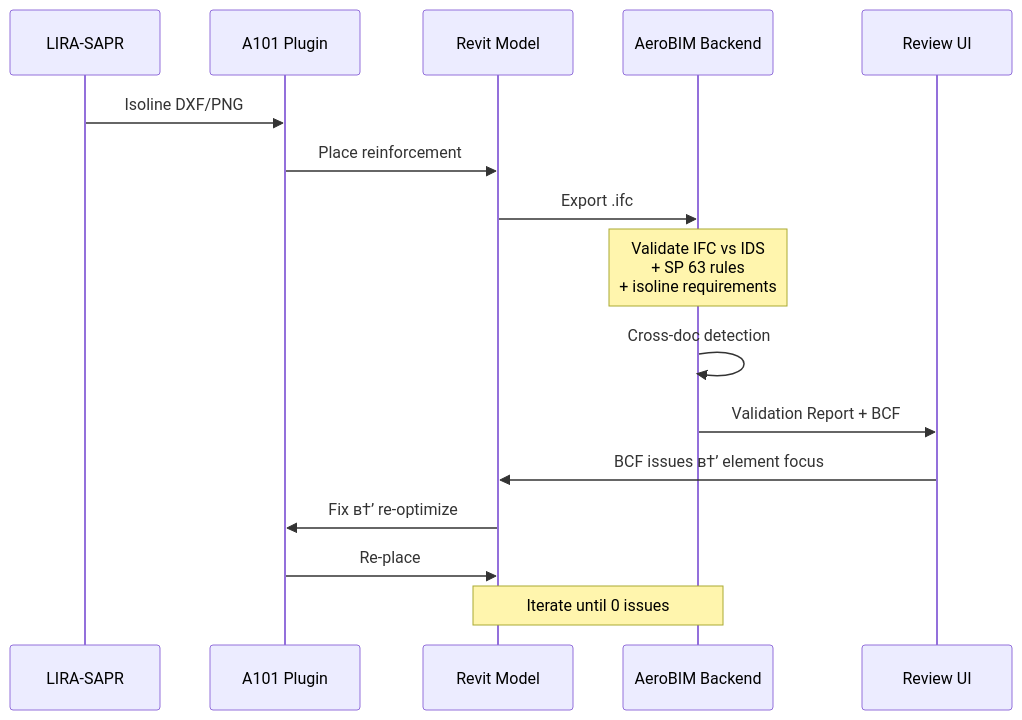
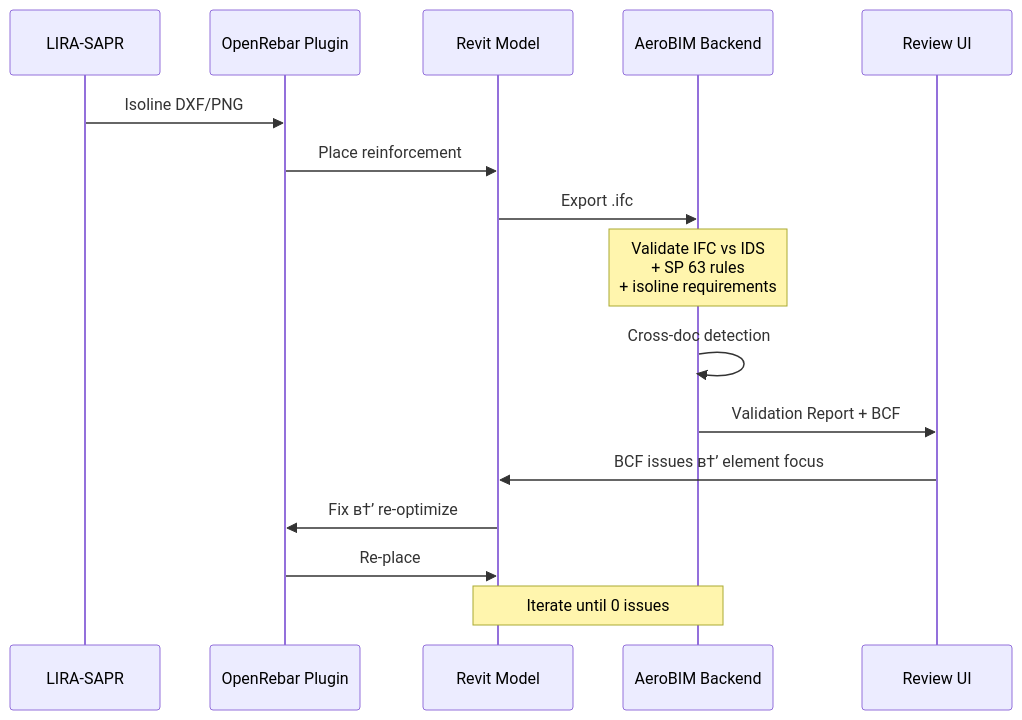
The fourth of 4 diagrams in HYPER_DEEP_AUDIT_REPORT.md (KonkovDV/OpenRebar), drawn with Mermaid before and after one commit. The commit also changed other lines of this file and 202 other files, not shown here.

First line of the commit message:
rename A101 -> OpenRebar for GitHub publication

````diff
--- a/HYPER_DEEP_AUDIT_REPORT.md
+++ b/HYPER_DEEP_AUDIT_REPORT.md
@@ -528,19 +528,19 @@
 ```mermaid
 sequenceDiagram
     participant LIRA as LIRA-SAPR
-    participant A101 as A101 Plugin
+    participant OpenRebar as OpenRebar Plugin
     participant Revit as Revit Model
     participant AeroBIM as AeroBIM Backend
     participant Review as Review UI
 
-    LIRA->>A101: Isoline DXF/PNG
-    A101->>Revit: Place reinforcement
+    LIRA->>OpenRebar: Isoline DXF/PNG
+    OpenRebar->>Revit: Place reinforcement
     Revit->>AeroBIM: Export .ifc
     Note over AeroBIM: Validate IFC vs IDS<br/>+ SP 63 rules<br/>+ isoline requirements
     AeroBIM->>AeroBIM: Cross-doc detection
     AeroBIM->>Review: Validation Report + BCF
     Review->>Revit: BCF issues в†’ element focus
-    Revit->>A101: Fix в†’ re-optimize
-    A101->>Revit: Re-place
+    Revit->>OpenRebar: Fix в†’ re-optimize
+    OpenRebar->>Revit: Re-place
     Note over Revit,AeroBIM: Iterate until 0 issues
 ```
````
